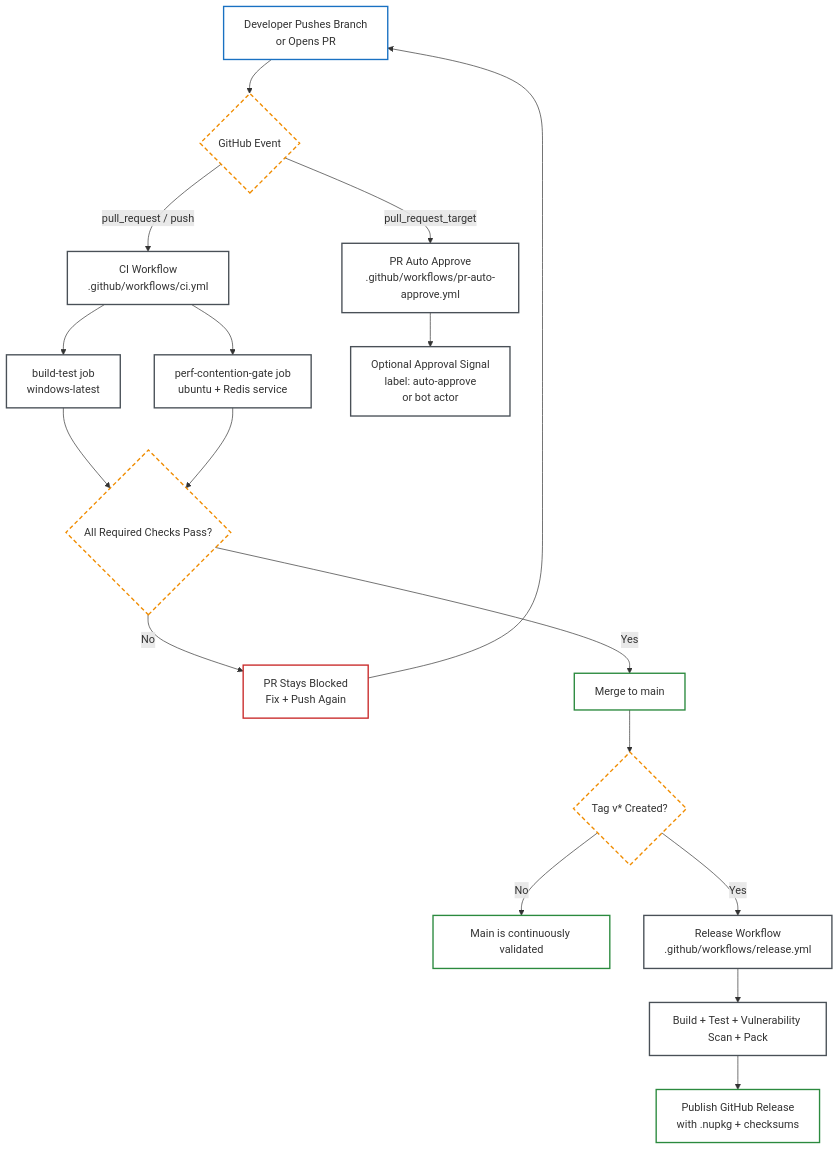
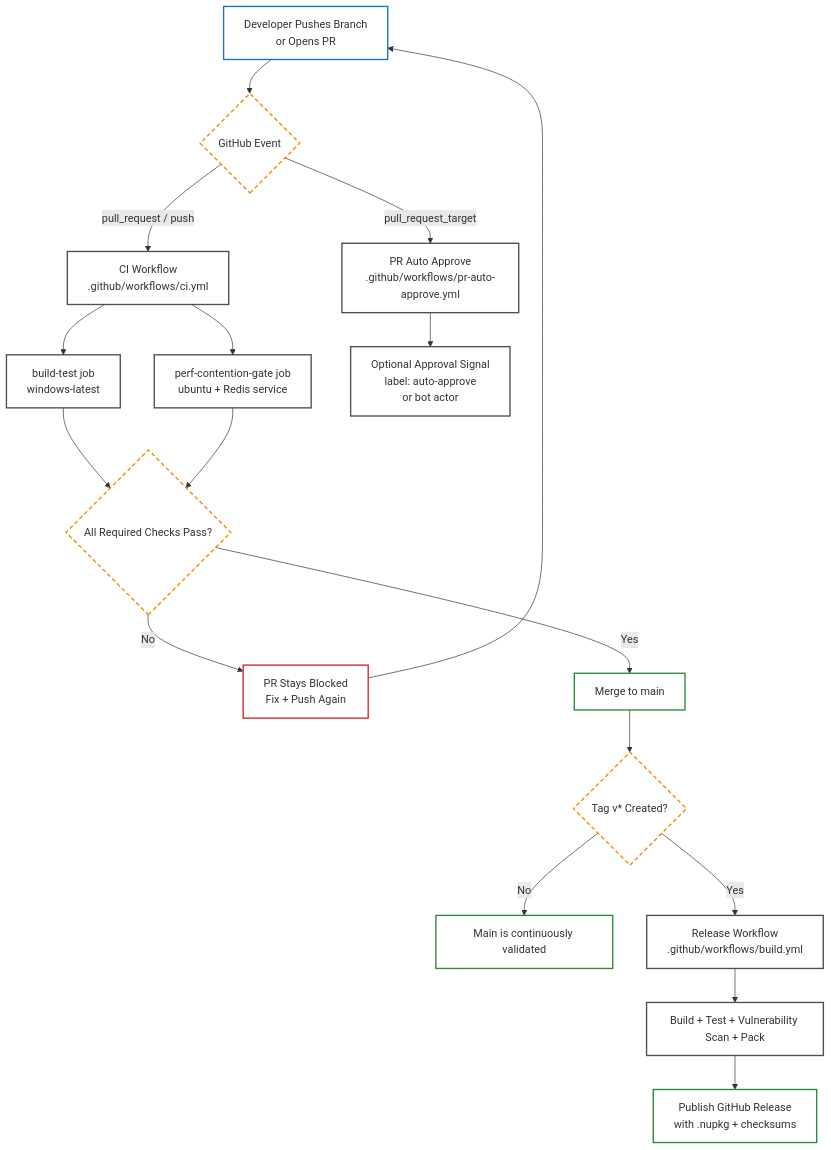
One commit to haxxornulled/VapeCache changed the first of 4 diagrams in docs/WORKFLOWS.md. Above: the diagram before and after it, drawn with Mermaid. The commit also changed 1 other file, not shown here.

Commit message:
ci(release): align OSS NuGet trusted publishing workflow

````diff
--- a/docs/WORKFLOWS.md
+++ b/docs/WORKFLOWS.md
@@ -9,28 +9,28 @@
 ```mermaid
 flowchart TB
     classDef trigger fill:transparent,stroke:#1971c2,stroke-width:2px
     classDef gate fill:transparent,stroke:#f08c00,stroke-width:2px,stroke-dasharray: 6 4
     classDef success fill:transparent,stroke:#2b8a3e,stroke-width:2px
     classDef fail fill:transparent,stroke:#c92a2a,stroke-width:2px
     classDef action fill:transparent,stroke:#495057,stroke-width:2px
 
     A[Developer Pushes Branch<br/>or Opens PR]:::trigger --> B{GitHub Event}:::gate
     B -->|pull_request / push| C[CI Workflow<br/>.github/workflows/ci.yml]:::action
     B -->|pull_request_target| D[PR Auto Approve<br/>.github/workflows/pr-auto-approve.yml]:::action
 
     C --> E[build-test job<br/>windows-latest]:::action
     C --> F[perf-contention-gate job<br/>ubuntu + Redis service]:::action
 
     E --> G{All Required Checks Pass?}:::gate
     F --> G
     G -->|No| H[PR Stays Blocked<br/>Fix + Push Again]:::fail
     H --> A
     G -->|Yes| I[Merge to main]:::success
 
     D --> J[Optional Approval Signal<br/>label: auto-approve<br/>or bot actor]:::action
     I --> K{Tag v* Created?}:::gate
     K -->|No| L[Main is continuously validated]:::success
-    K -->|Yes| M[Release Workflow<br/>.github/workflows/release.yml]:::action
+    K -->|Yes| M[Release Workflow<br/>.github/workflows/build.yml]:::action
     M --> N[Build + Test + Vulnerability Scan + Pack]:::action
     N --> O[Publish GitHub Release<br/>with .nupkg + checksums]:::success
 ```
````
